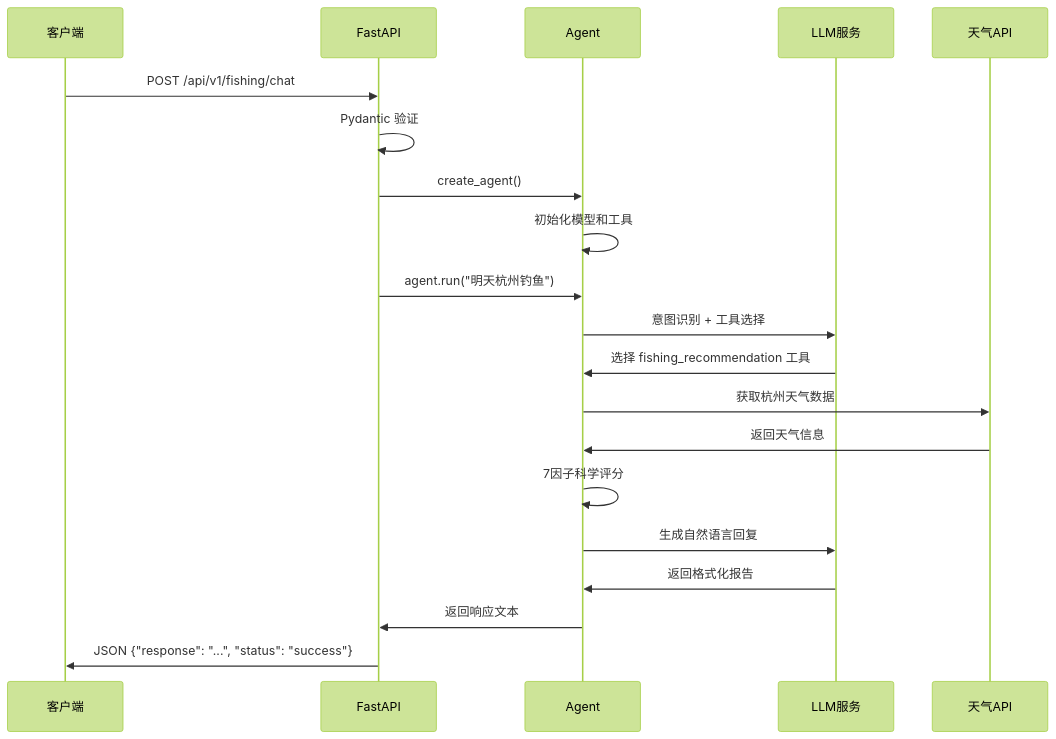
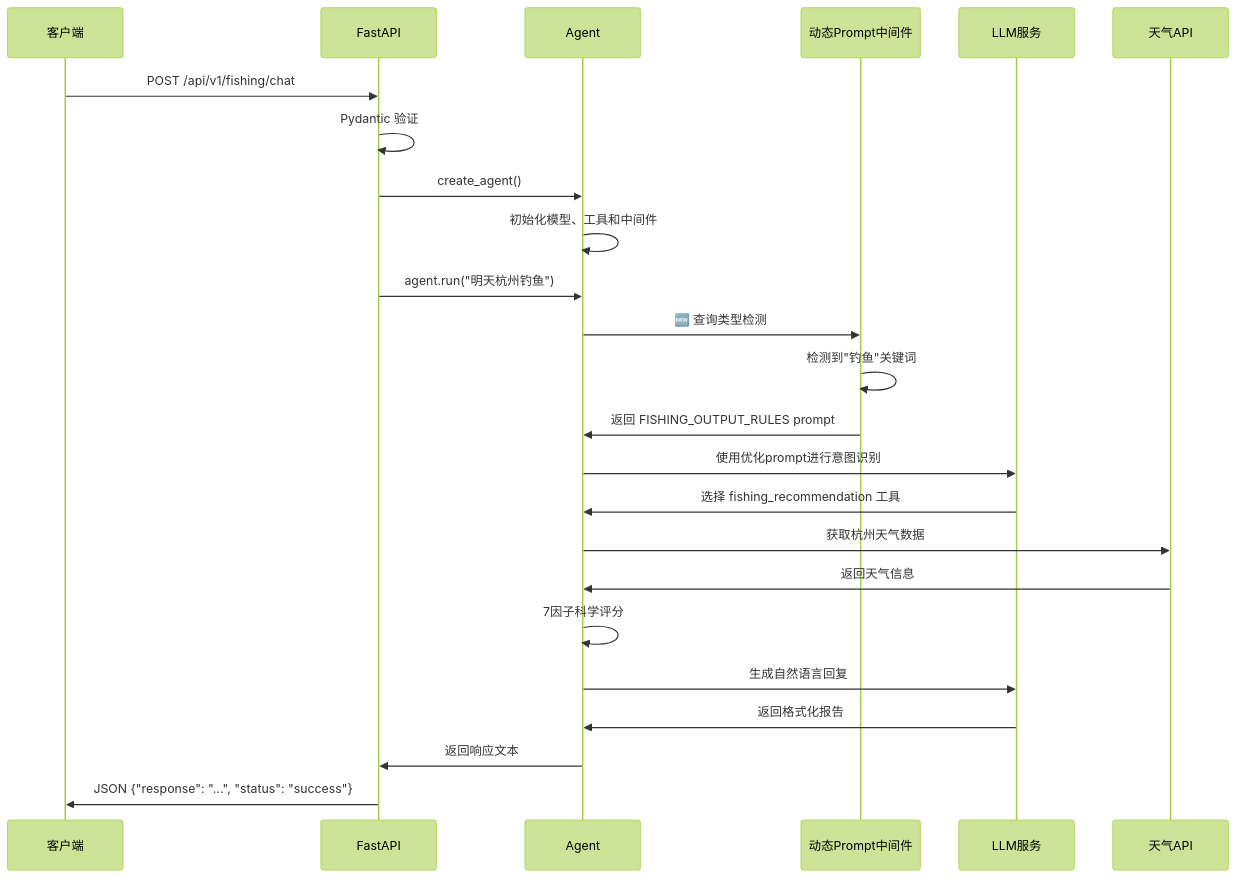
The diagram in docs/BACKEND_ARCHITECTURE.md (leoomo/fishing_agent), drawn with Mermaid (forest theme) before and after one commit. The commit also changed other lines of this file, not shown here.

First line of the commit message:
docs: 全面更新BACKEND_ARCHITECTURE.md以反映v3.1.1动态Prompt中间件系统

````diff
--- a/docs/BACKEND_ARCHITECTURE.md
+++ b/docs/BACKEND_ARCHITECTURE.md
@@ -189,23 +260,27 @@
 ```mermaid
 sequenceDiagram
     participant C as 客户端
     participant API as FastAPI
     participant A as Agent
+    participant M as 动态Prompt中间件
     participant LLM as LLM服务
     participant W as 天气API
 
     C->>API: POST /api/v1/fishing/chat
     API->>API: Pydantic 验证
     API->>A: create_agent()
-    A->>A: 初始化模型和工具
+    A->>A: 初始化模型、工具和中间件
     API->>A: agent.run("明天杭州钓鱼")
-    A->>LLM: 意图识别 + 工具选择
+    A->>M: 🆕 查询类型检测
+    M->>M: 检测到"钓鱼"关键词
+    M->>A: 返回 FISHING_OUTPUT_RULES prompt
+    A->>LLM: 使用优化prompt进行意图识别
     LLM->>A: 选择 fishing_recommendation 工具
     A->>W: 获取杭州天气数据
     W->>A: 返回天气信息
     A->>A: 7因子科学评分
     A->>LLM: 生成自然语言回复
     LLM->>A: 返回格式化报告
     A->>API: 返回响应文本
     API->>C: JSON {"response": "...", "status": "success"}
 ```
````
